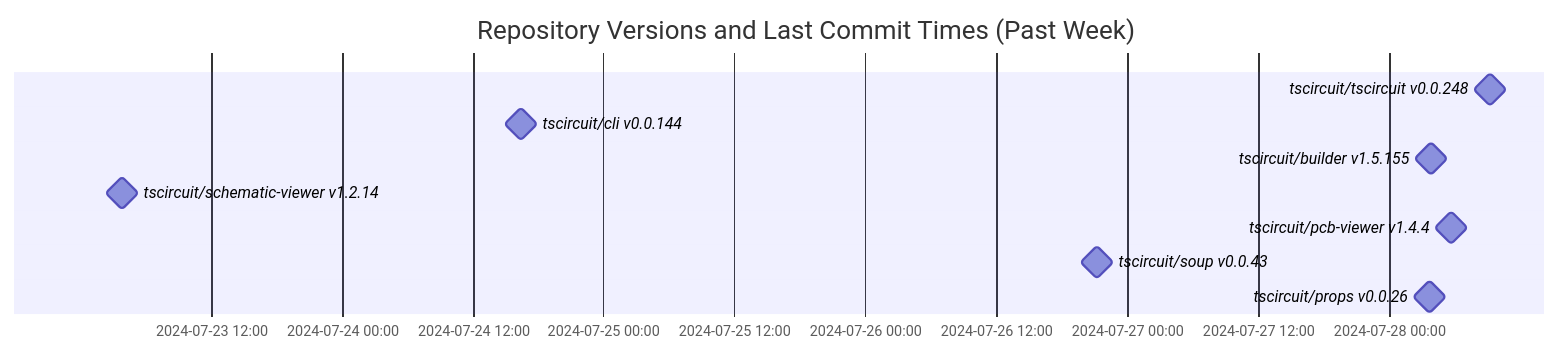
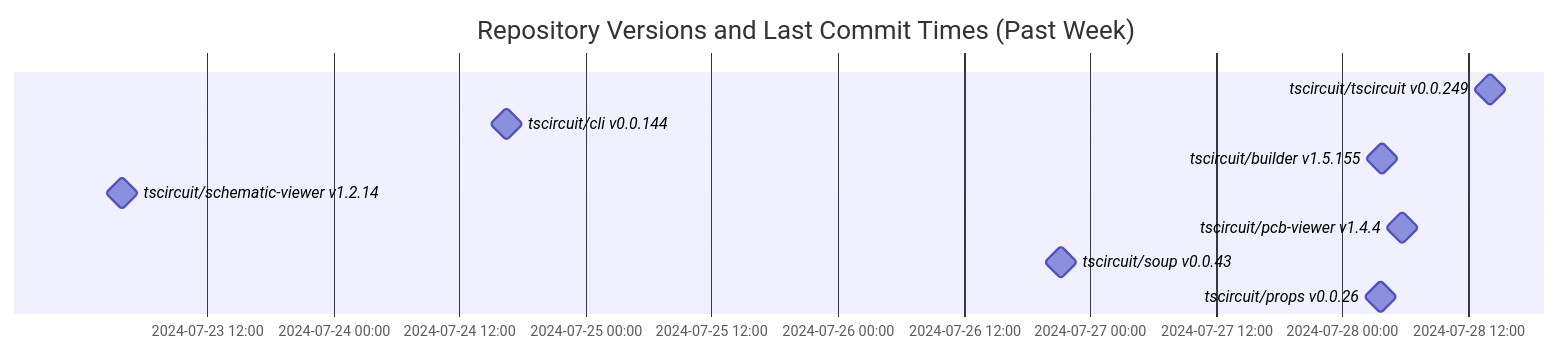
Before and after one commit to tscircuit/version-tracker: the diagram in README.md, drawn with Mermaid.

Commit message:
Update chart

````diff
--- a/README.md
+++ b/README.md
@@ -1,14 +1,14 @@
 ```mermaid
 gantt
   dateFormat  YYYY-MM-DD HH:mm:ss
   title Repository Versions and Last Commit Times (Past Week)
   axisFormat %Y-%m-%d %H:%M
 
-  tscircuit/tscircuit v0.0.248 : milestone, 2024-07-28 09:16:37, 1s
+  tscircuit/tscircuit v0.0.249 : milestone, 2024-07-28 14:07:06, 1s
   tscircuit/cli v0.0.144 : milestone, 2024-07-24 16:24:13, 1s
   tscircuit/builder v1.5.155 : milestone, 2024-07-28 03:53:14, 1s
   tscircuit/schematic-viewer v1.2.14 : milestone, 2024-07-23 03:50:56, 1s
   tscircuit/pcb-viewer v1.4.4 : milestone, 2024-07-28 05:46:25, 1s
   tscircuit/soup v0.0.43 : milestone, 2024-07-26 21:15:18, 1s
   tscircuit/props v0.0.26 : milestone, 2024-07-28 03:42:14, 1s
 ```
````
